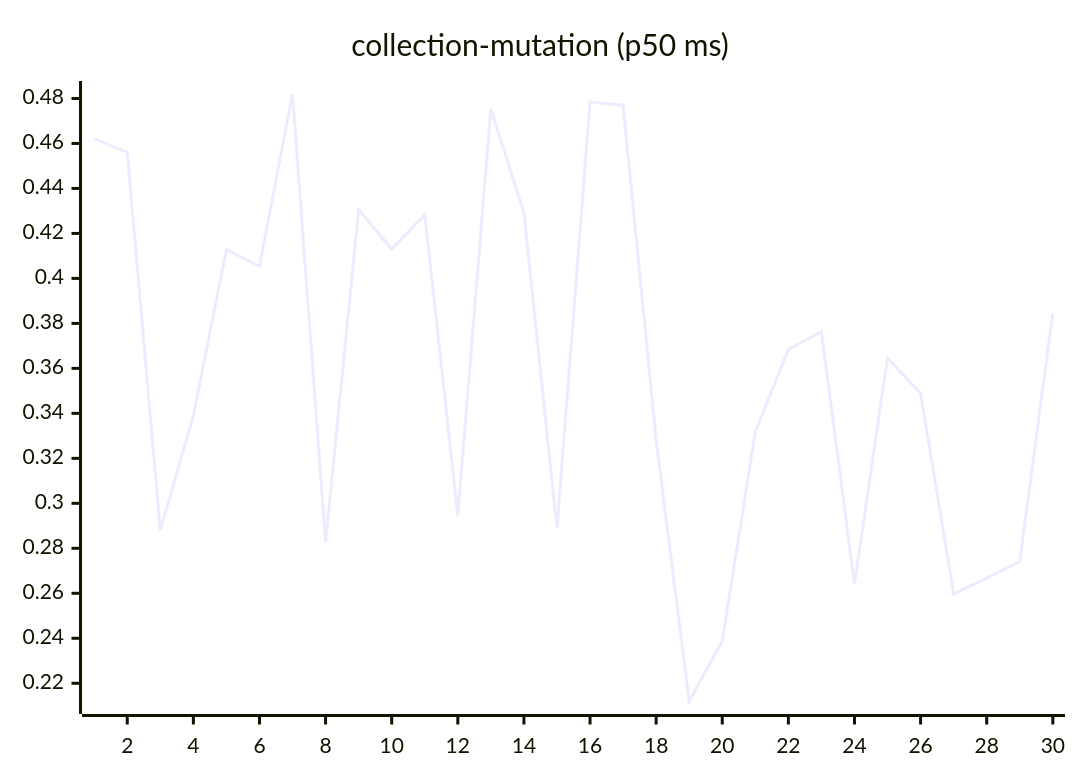
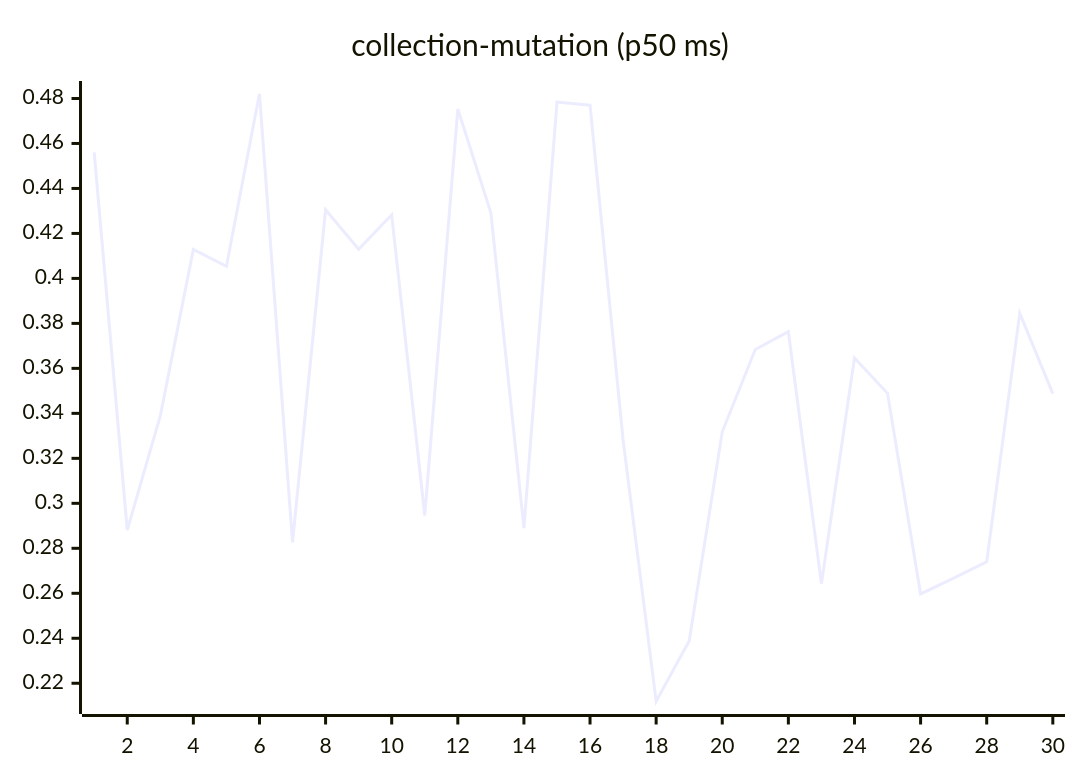
The sixth of 27 diagrams in README.md (josha/Facet), drawn with Mermaid before and after one commit. The commit also changed other lines of this file and 2 other files, not shown here.

````diff
--- a/README.md
+++ b/README.md
@@ -98,6 +98,6 @@
 ```mermaid
 xychart-beta
     title "collection-mutation (p50 ms)"
     x-axis 1 --> 30
-    line [0.4622, 0.4560, 0.2881, 0.3389, 0.4129, 0.4054, 0.4821, 0.2826, 0.4305, 0.4130, 0.4283, 0.2946, 0.4753, 0.4292, 0.2890, 0.4784, 0.4770, 0.3282, 0.2120, 0.2388, 0.3318, 0.3684, 0.3763, 0.2643, 0.3646, 0.3489, 0.2597, 0.2667, 0.2740, 0.3845]
+    line [0.4560, 0.2881, 0.3389, 0.4129, 0.4054, 0.4821, 0.2826, 0.4305, 0.4130, 0.4283, 0.2946, 0.4753, 0.4292, 0.2890, 0.4784, 0.4770, 0.3282, 0.2120, 0.2388, 0.3318, 0.3684, 0.3763, 0.2643, 0.3646, 0.3489, 0.2597, 0.2667, 0.2740, 0.3845, 0.3488]
 ```
````
